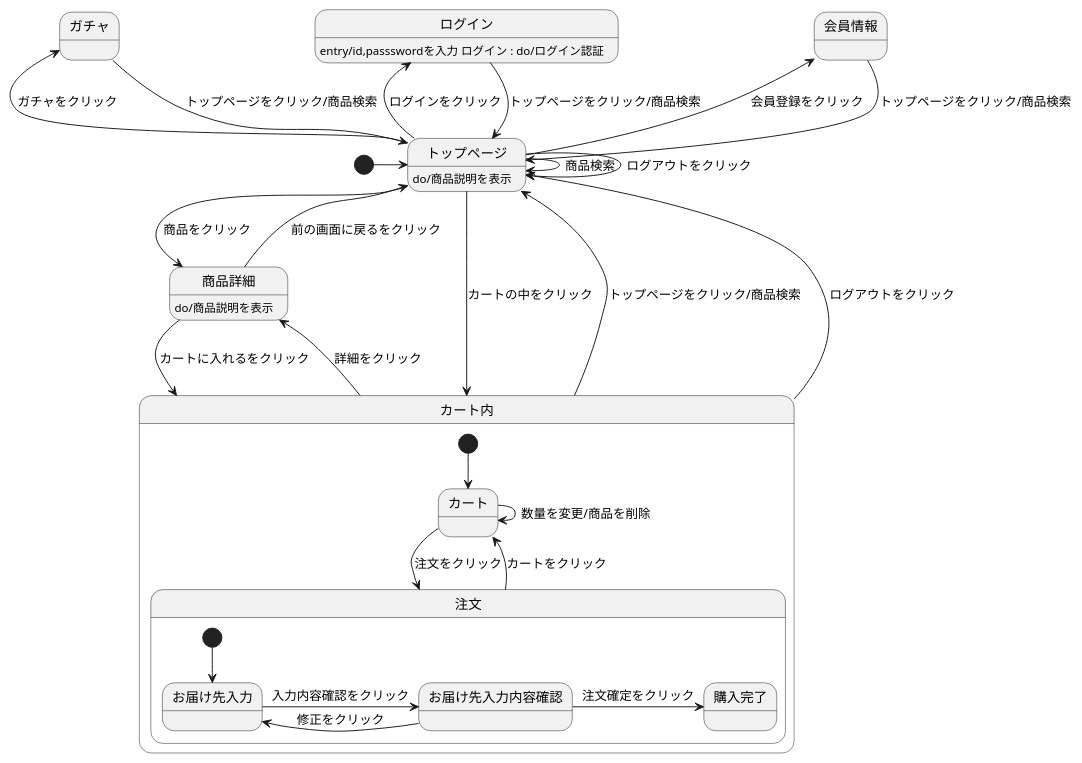
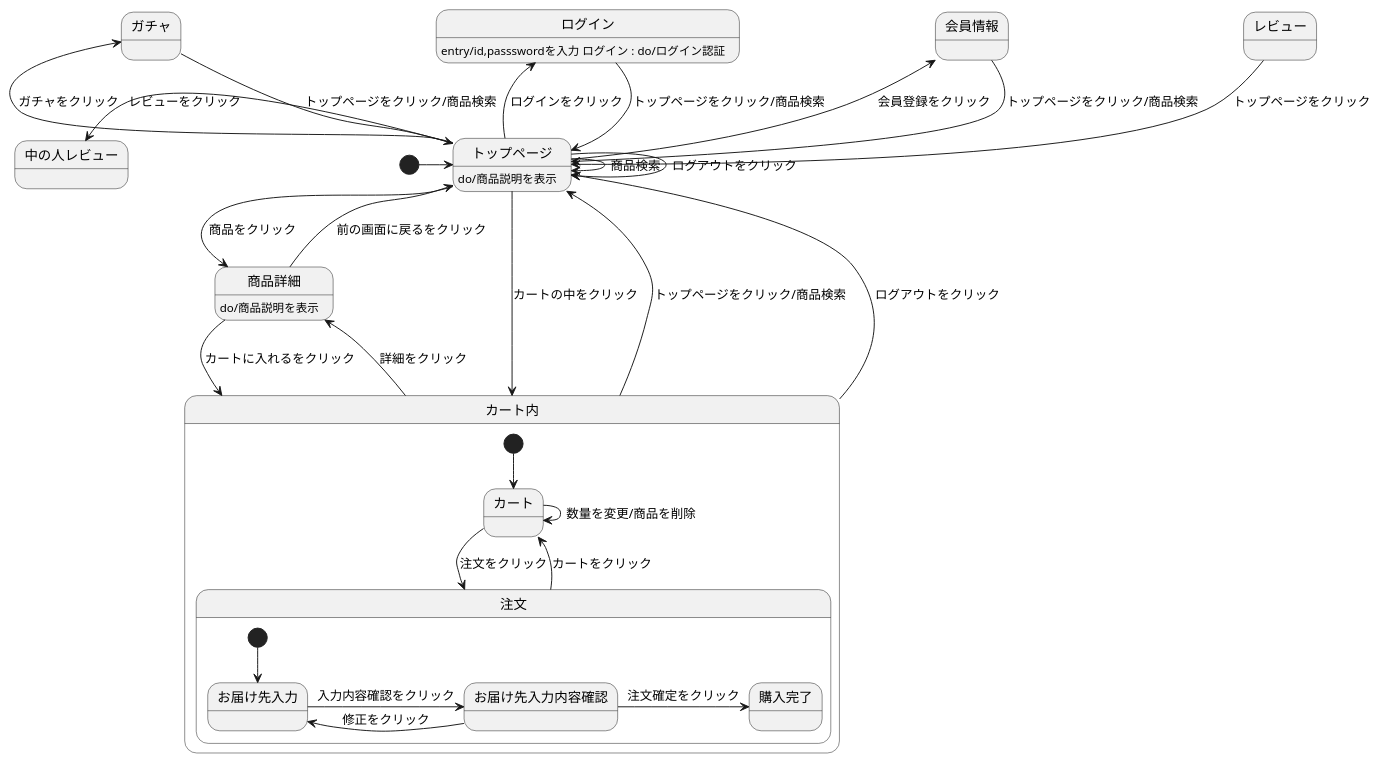
One commit to Aso2001220/2021sys-design changed the diagram in 4_01.md. Above: the diagram before and after it, drawn with PlantUML.

````diff
--- a/4_01.md
+++ b/4_01.md
@@ -1,36 +1,38 @@
 ```uml
 @startuml
 
 [*] -> トップページ
 会員情報 --> トップページ : トップページをクリック/商品検索
 ログイン --> トップページ : トップページをクリック/商品検索
 ログイン : entry/id,passswordを入力 ログイン : do/ログイン認証
 トップページ --> トップページ : ログアウトをクリック
 トップページ -> トップページ : 商品検索
 トップページ -> 商品詳細 : 商品をクリック
 トップページ -left-> 会員情報 : 会員登録をクリック
 トップページ -left-> ログイン : ログインをクリック
 トップページ -left-> ガチャ : ガチャをクリック
+トップページ -left-> 中の人レビュー : レビューをクリック
 トップページ --> カート内 : カートの中をクリック
 トップページ : do/商品説明を表示
 商品詳細 --> カート内 : カートに入れるをクリック
 商品詳細 --> トップページ : 前の画面に戻るをクリック
 商品詳細 : do/商品説明を表示
 カート内 -up-> トップページ : トップページをクリック/商品検索
 カート内 -up-> トップページ : ログアウトをクリック
 カート内 -> 商品詳細 : 詳細をクリック
 ガチャ --> トップページ : トップページをクリック/商品検索
+レビュー --> トップページ : トップページをクリック
 state カート内{
 [*] --> カート 
 カート -> 注文 : 注文をクリック
 カート -> カート : 数量を変更/商品を削除
 注文 --> カート : カートをクリック
 state 注文{ 
 [*] --> お届け先入力
 お届け先入力 -> お届け先入力内容確認 : 入力内容確認をクリック
 お届け先入力内容確認 -> お届け先入力 : 修正をクリック
 お届け先入力内容確認 -> 購入完了 : 注文確定をクリック
 } 
 }
 @enduml
 ```
````
